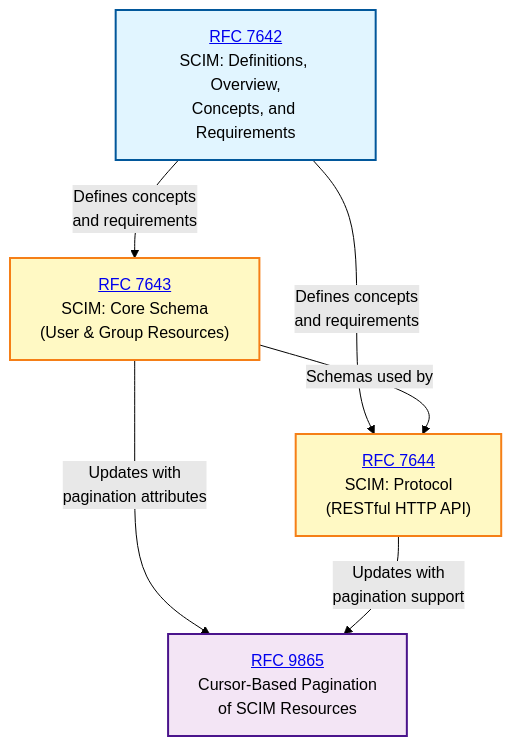
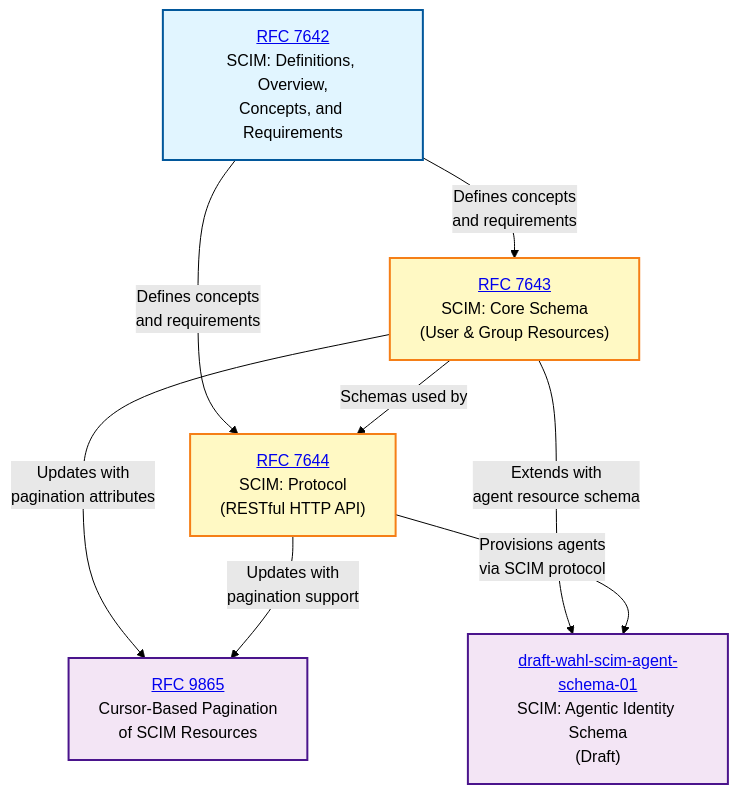
One commit to ryanspletzer/scim-spec-graph changed the diagram in Graph.md. Above: the diagram before and after it, drawn with Mermaid (forest theme). The commit also changed other lines of this file and 1 other file, not shown here.

First line of the commit message:
Add SCIM Agentic Identity Schema draft to the graph

````diff
--- a/Graph.md
+++ b/Graph.md
@@ -5,30 +5,36 @@
 ```mermaid
 graph TD
     %% Core SCIM Foundation
     RFC7642["<a href='https://www.rfc-editor.org/rfc/rfc7642'>RFC 7642</a><br/>SCIM: Definitions, Overview,<br/>Concepts, and Requirements"]
     
     %% SCIM Schema
     RFC7643["<a href='https://www.rfc-editor.org/rfc/rfc7643'>RFC 7643</a><br/>SCIM: Core Schema<br/>(User & Group Resources)"]
     
     %% SCIM Protocol
     RFC7644["<a href='https://www.rfc-editor.org/rfc/rfc7644'>RFC 7644</a><br/>SCIM: Protocol<br/>(RESTful HTTP API)"]
     
     %% Pagination Extension
     RFC9865["<a href='https://www.rfc-editor.org/rfc/rfc9865'>RFC 9865</a><br/>Cursor-Based Pagination<br/>of SCIM Resources"]
     
+    %% Agentic Identity Extension (Draft)
+    SCIM_AgentSchema["<a href='https://datatracker.ietf.org/doc/html/draft-wahl-scim-agent-schema-01'>draft-wahl-scim-agent-schema-01</a><br/>SCIM: Agentic Identity Schema<br/>(Draft)"]
+    
     %% Styling
     classDef foundation fill:#e1f5ff,stroke:#01579b,stroke-width:2px
     classDef core fill:#fff9c4,stroke:#f57f17,stroke-width:2px
     classDef extension fill:#f3e5f5,stroke:#4a148c,stroke-width:2px
     
     class RFC7642 foundation
     class RFC7643,RFC7644 core
     class RFC9865 extension
+    class SCIM_AgentSchema extension
     
     %% Dependencies
     RFC7642 -->|"Defines concepts<br/>and requirements"| RFC7643
     RFC7642 -->|"Defines concepts<br/>and requirements"| RFC7644
     RFC7643 -->|"Schemas used by"| RFC7644
     RFC7643 -->|"Updates with<br/>pagination attributes"| RFC9865
     RFC7644 -->|"Updates with<br/>pagination support"| RFC9865
+    RFC7643 -->|"Extends with<br/>agent resource schema"| SCIM_AgentSchema
+    RFC7644 -->|"Provisions agents<br/>via SCIM protocol"| SCIM_AgentSchema
 ```
````
